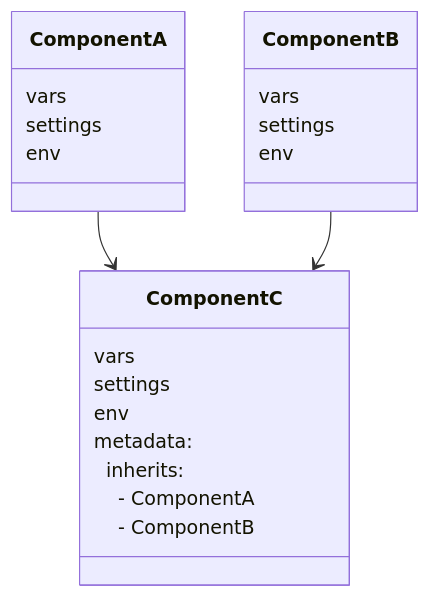
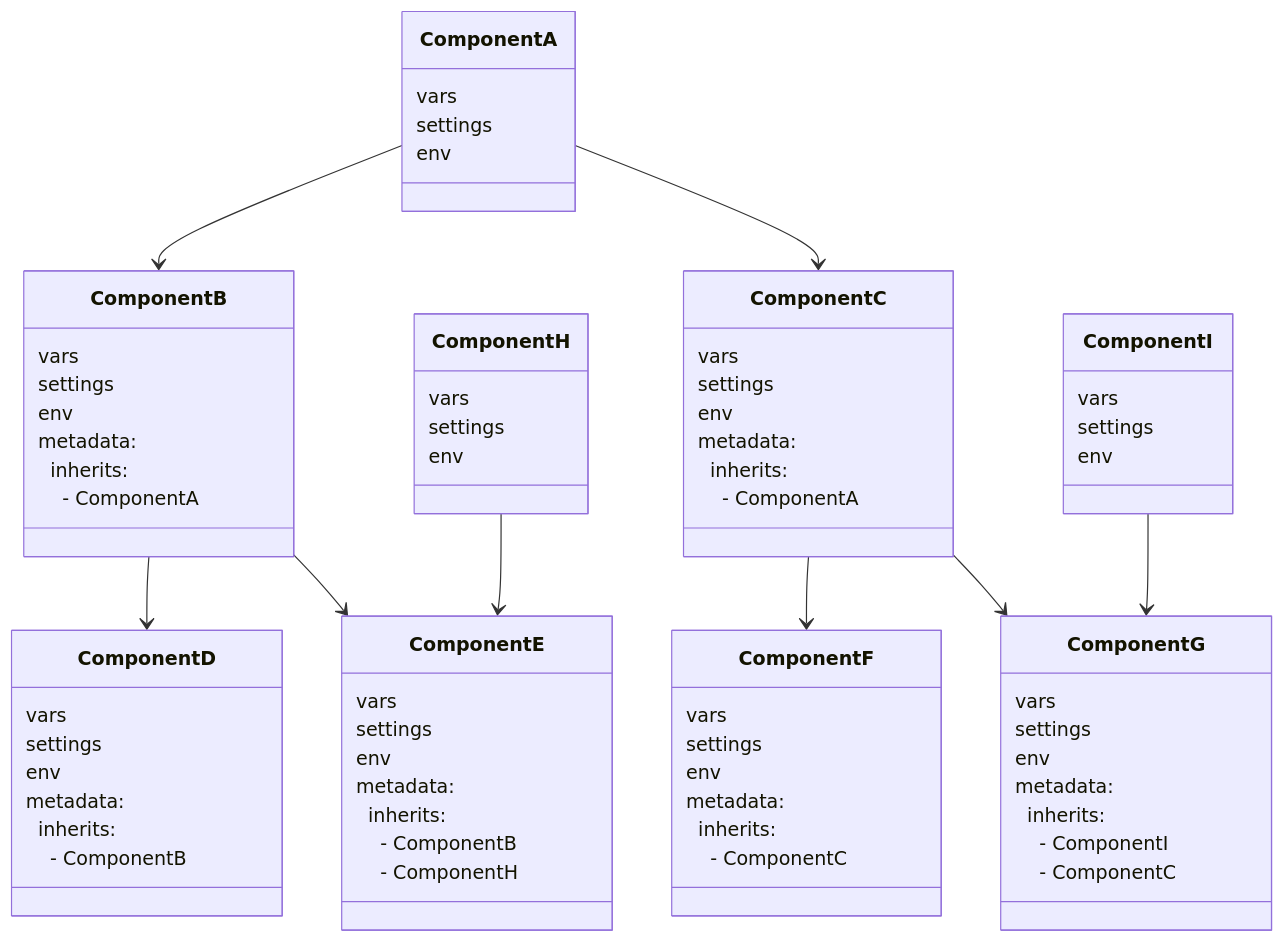
One commit to cloudposse/atmos changed the fourth of 4 diagrams in website/docs/core-concepts/components/component-inheritance.md. Above: the diagram before and after it, drawn with Mermaid. The commit also changed other lines of this file, not shown here.

````diff
--- a/website/docs/core-concepts/components/component-inheritance.md
+++ b/website/docs/core-concepts/components/component-inheritance.md
@@ -382,22 +381,74 @@
 ```mermaid
 classDiagram
+      ComponentA --> ComponentB
       ComponentA --> ComponentC
-      ComponentB --> ComponentC
+      ComponentB --> ComponentD
+      ComponentB --> ComponentE
+      ComponentC --> ComponentF
+      ComponentC --> ComponentG
+      ComponentH --> ComponentE
+      ComponentI --> ComponentG
       ComponentA : vars
       ComponentA : settings
       ComponentA : env
-      class ComponentB{
-          vars
-          settings
-          env
-      }
-      class ComponentC{
+      class ComponentB {
           vars
           settings
           env
           metadata:
           &nbsp;&nbsp;inherits:
           &nbsp;&nbsp;&nbsp;&nbsp;- ComponentA&nbsp;&nbsp;
+      }
+      class ComponentC {
+          vars
+          settings
+          env
+          metadata:
+          &nbsp;&nbsp;inherits:
+          &nbsp;&nbsp;&nbsp;&nbsp;- ComponentA&nbsp;&nbsp;
+      }
+      class ComponentD {
+          vars
+          settings
+          env
+          metadata:
+          &nbsp;&nbsp;inherits:
           &nbsp;&nbsp;&nbsp;&nbsp;- ComponentB&nbsp;&nbsp;
       }
+      class ComponentE {
+          vars
+          settings
+          env
+          metadata:
+          &nbsp;&nbsp;inherits:
+          &nbsp;&nbsp;&nbsp;&nbsp;- ComponentB&nbsp;&nbsp;
+          &nbsp;&nbsp;&nbsp;&nbsp;- ComponentH&nbsp;&nbsp;
+      }
+      class ComponentF {
+          vars
+          settings
+          env
+          metadata:
+          &nbsp;&nbsp;inherits:
+          &nbsp;&nbsp;&nbsp;&nbsp;- ComponentC&nbsp;&nbsp;
+      }
+      class ComponentG {
+          vars
+          settings
+          env
+          metadata:
+          &nbsp;&nbsp;inherits:
+          &nbsp;&nbsp;&nbsp;&nbsp;- ComponentI&nbsp;&nbsp;
+          &nbsp;&nbsp;&nbsp;&nbsp;- ComponentC&nbsp;&nbsp;
+      }
+      class ComponentH {
+          vars
+          settings
+          env
+      }
+      class ComponentI {
+          vars
+          settings
+          env
+      }
 ```
````
